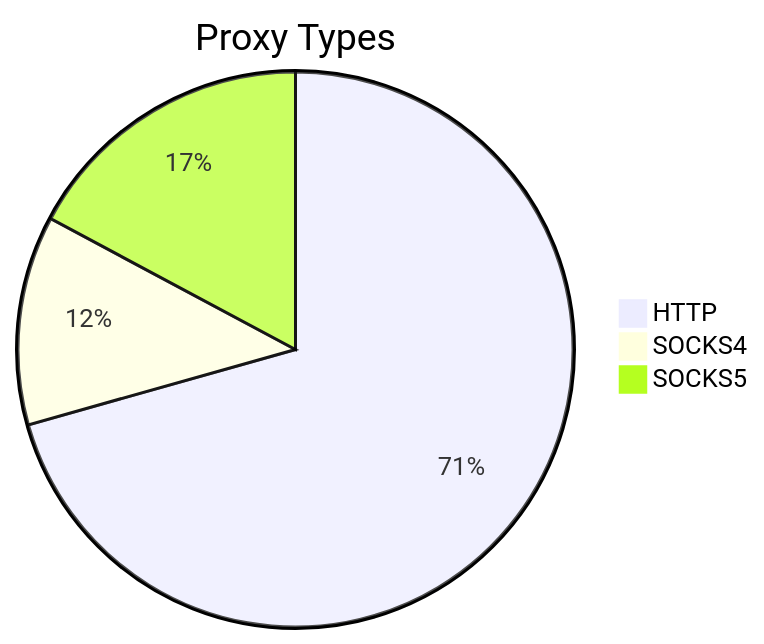
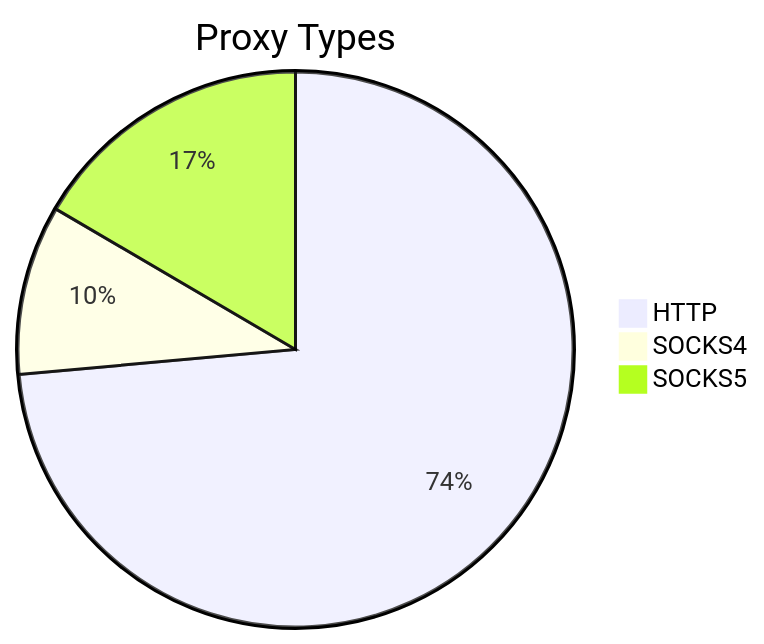
One commit to stormsia/proxy-list changed the first of 2 diagrams in README.md. Above: the diagram before and after it, drawn with Mermaid. The commit also changed other lines of this file, not shown here.

````diff
--- a/README.md
+++ b/README.md
@@ -21,6 +21,6 @@
 ```mermaid
 pie title Proxy Types
-    "HTTP" : 226
-    "SOCKS4" : 39
-    "SOCKS5" : 55
+    "HTTP" : 231
+    "SOCKS4" : 31
+    "SOCKS5" : 52
 ```
````
